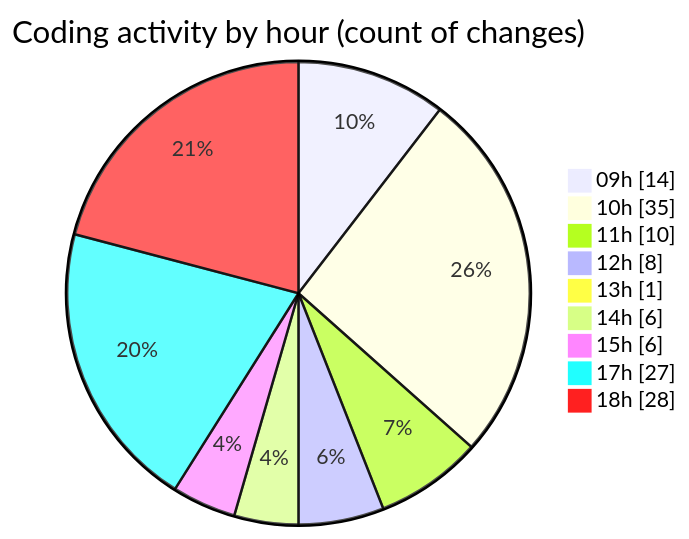
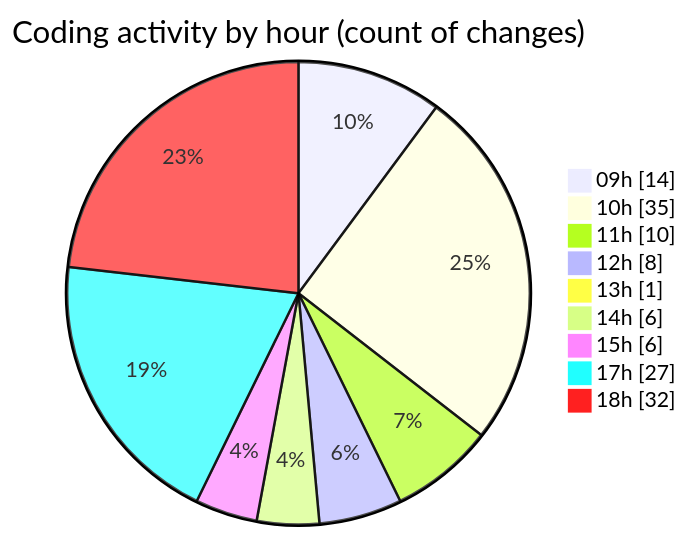
Before and after one commit to momahboobian/code-tracking: the second of 2 diagrams in 2025-11-10/cda/README.md, drawn with Mermaid. The commit also changed other lines of this file and 1 other file, not shown here.

````diff
--- a/2025-11-10/cda/README.md
+++ b/2025-11-10/cda/README.md
@@ -61,13 +61,13 @@
 ```mermaid
 pie showData
 title Coding activity by hour (count of changes)
 "09h" : 14
 "10h" : 35
 "11h" : 10
 "12h" : 8
 "13h" : 1
 "14h" : 6
 "15h" : 6
 "17h" : 27
-"18h" : 28
+"18h" : 32
 ```
````
